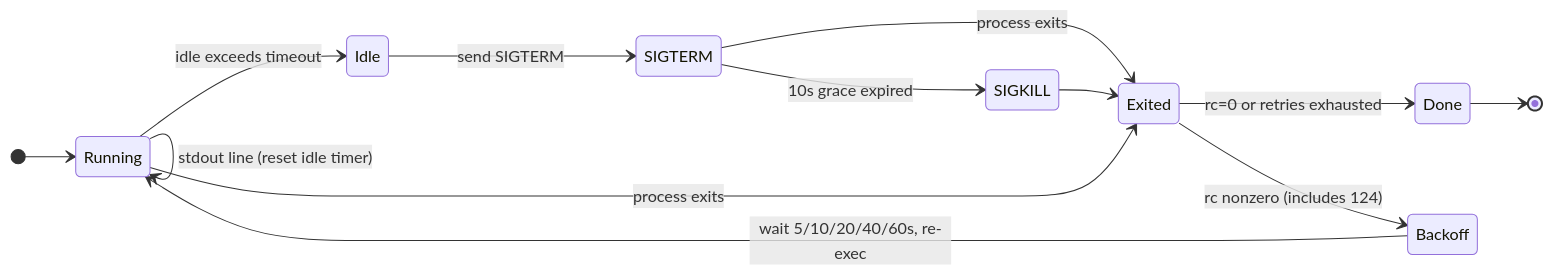
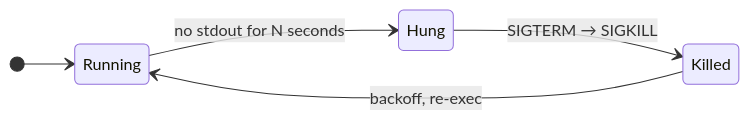
Before and after one commit to saforem2/sam.onl: the fourth of 4 diagrams in web/src/pages/talks/2026/06/03/index.mdx, drawn with Mermaid. The commit also changed other lines of this file and 4 other files, not shown here.

````diff
--- a/web/src/pages/talks/2026/06/03/index.mdx
+++ b/web/src/pages/talks/2026/06/03/index.mdx
@@ -713,19 +606,8 @@
 ```mermaid
 stateDiagram-v2
     direction LR
     [*] --> Running
-
-    Running --> Running: stdout line (reset idle timer)
-    Running --> Idle: idle exceeds timeout
-    Idle --> SIGTERM: send SIGTERM
-    SIGTERM --> SIGKILL: 10s grace expired
-    SIGTERM --> Exited: process exits
-    SIGKILL --> Exited
-
-    Running --> Exited: process exits
-
-    Exited --> Done: rc=0 or retries exhausted
-    Exited --> Backoff: rc nonzero (includes 124)
-    Backoff --> Running: wait 5/10/20/40/60s, re-exec
-    Done --> [*]
+    Running --> Hung: no stdout for N seconds
+    Hung --> Killed: SIGTERM → SIGKILL
+    Killed --> Running: backoff, re-exec
 ```
````
